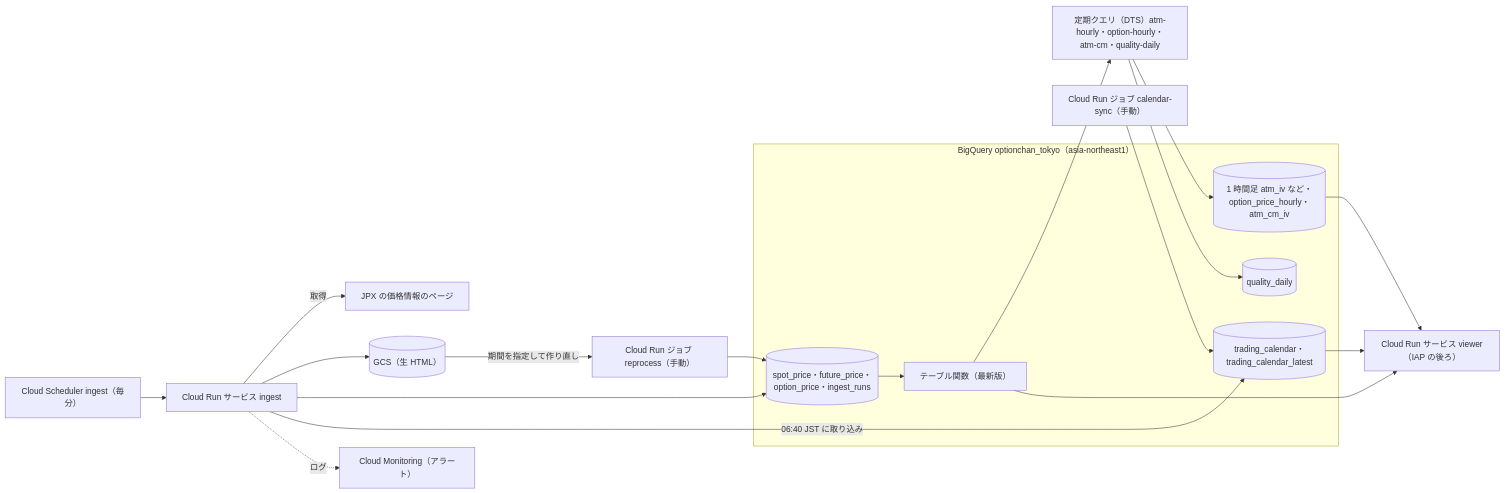
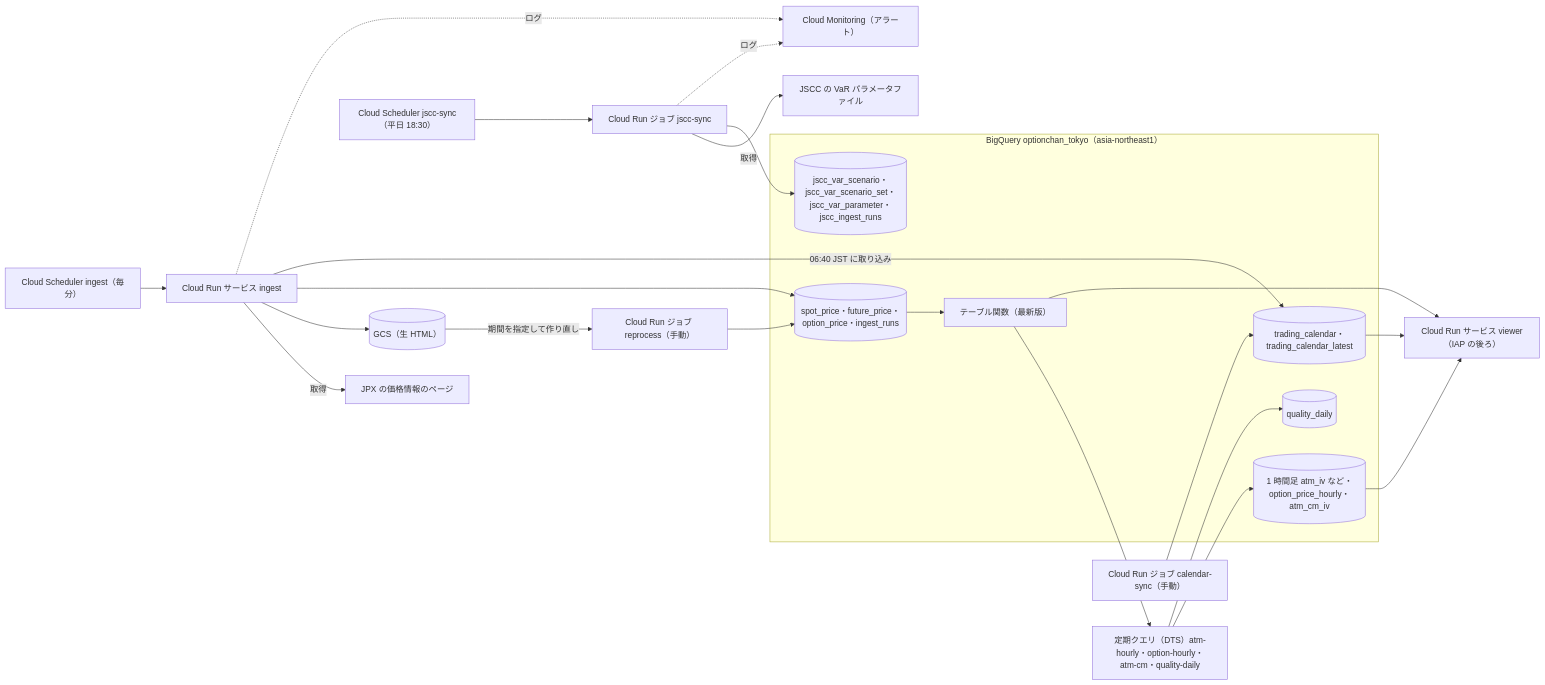
Before and after one commit to terukusu/optionchan-gcp: the diagram in README.md, drawn with Mermaid. The commit also changed other lines of this file and 23 other files, not shown here.

First line of the commit message:
feat: JSCC の VaR パラメータファイル（日経225 分）を毎日取り込むジョブ jscc-sync と表を足す (#164)

````diff
--- a/README.md
+++ b/README.md
@@ -18,36 +19,44 @@
 ```mermaid
 flowchart LR
   JPX["JPX の価格情報のページ"]
   SCH["Cloud Scheduler ingest（毎分）"]
   ING["Cloud Run サービス ingest"]
   REP["Cloud Run ジョブ reprocess（手動）"]
   CAL["Cloud Run ジョブ calendar-sync（手動）"]
+  JSCC["JSCC の VaR パラメータファイル"]
+  JSCH["Cloud Scheduler jscc-sync（平日 18:30）"]
+  JSJ["Cloud Run ジョブ jscc-sync"]
   GCS[("GCS（生 HTML）")]
   subgraph BQ["BigQuery optionchan_tokyo（asia-northeast1）"]
     RAW[("spot_price・future_price・option_price・ingest_runs")]
     TVF["テーブル関数（最新版）"]
     TC[("trading_calendar・trading_calendar_latest")]
     OHLC[("1 時間足 atm_iv など・option_price_hourly・atm_cm_iv")]
     QC[("quality_daily")]
+    JT[("jscc_var_scenario・jscc_var_scenario_set・jscc_var_parameter・jscc_ingest_runs")]
   end
   DTS["定期クエリ（DTS）atm-hourly・option-hourly・atm-cm・quality-daily"]
   VW["Cloud Run サービス viewer（IAP の後ろ）"]
   MON["Cloud Monitoring（アラート）"]
 
   SCH --> ING
   ING -->|取得| JPX
   ING --> GCS
   ING --> RAW
   ING -->|06:40 JST に取り込み| TC
   CAL --> TC
   GCS -->|期間を指定して作り直し| REP
   REP --> RAW
   RAW --> TVF
   TVF --> DTS
   DTS --> OHLC
   DTS --> QC
   TVF --> VW
   OHLC --> VW
   TC --> VW
+  JSCH --> JSJ
+  JSJ -->|取得| JSCC
+  JSJ --> JT
   ING -.ログ.-> MON
+  JSJ -.ログ.-> MON
 ```
````
